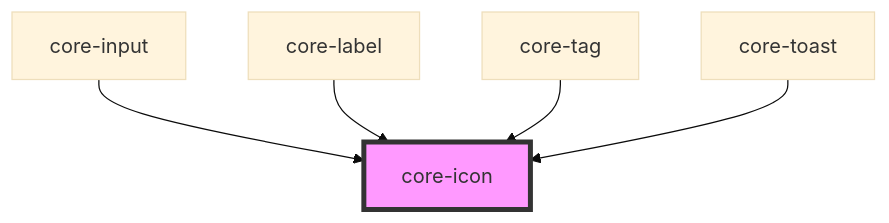
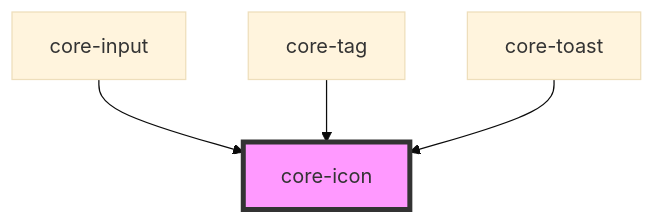
The diagram in packages/components-web/src/components/core-icon/readme.md (iFixit/core-design), drawn with Mermaid (base theme) before and after one commit. The commit also changed other lines of this file and 12 other files, not shown here.

````diff
--- a/packages/components-web/src/components/core-icon/readme.md
+++ b/packages/components-web/src/components/core-icon/readme.md
@@ -29,8 +28,7 @@
 ```mermaid
 graph TD;
   core-input --> core-icon
-  core-label --> core-icon
   core-tag --> core-icon
   core-toast --> core-icon
   style core-icon fill:#f9f,stroke:#333,stroke-width:4px
 ```
````
